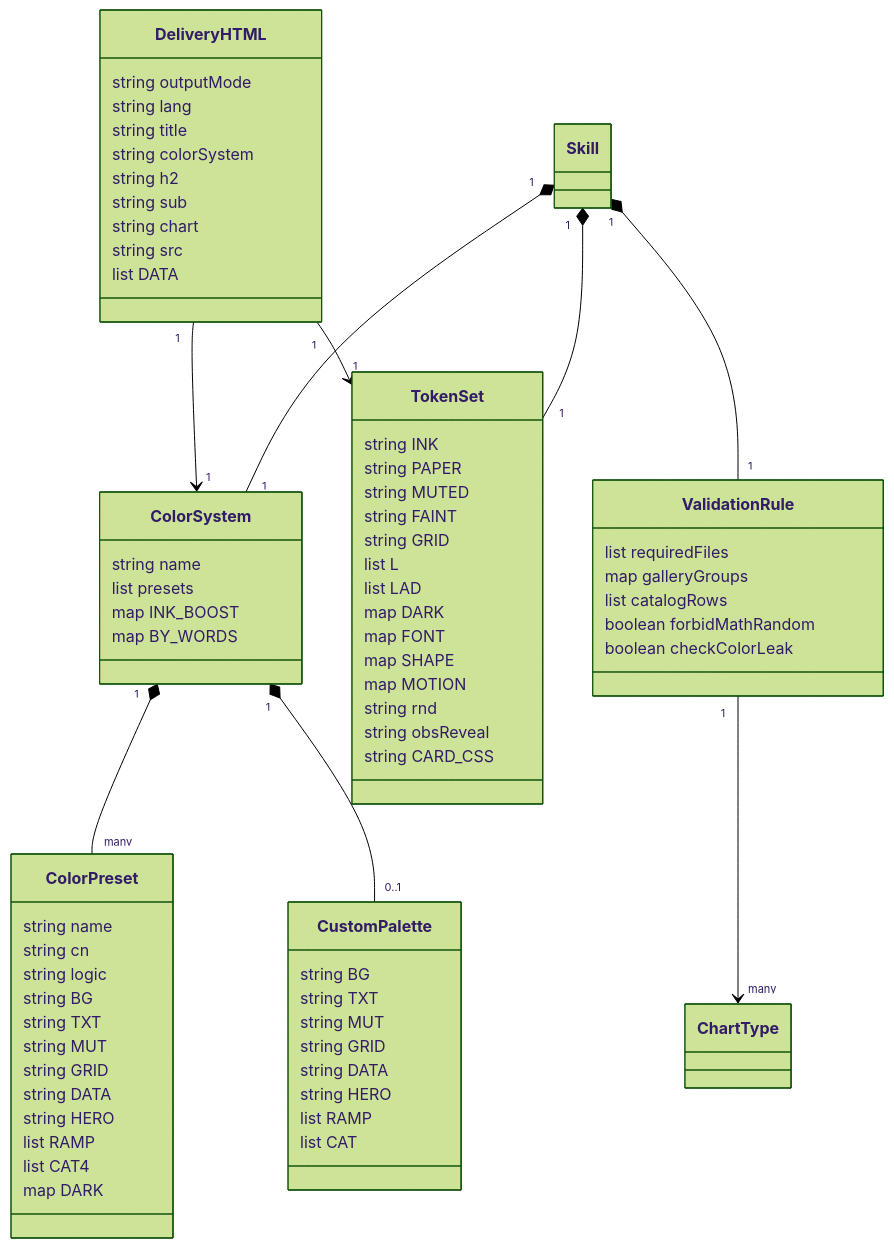
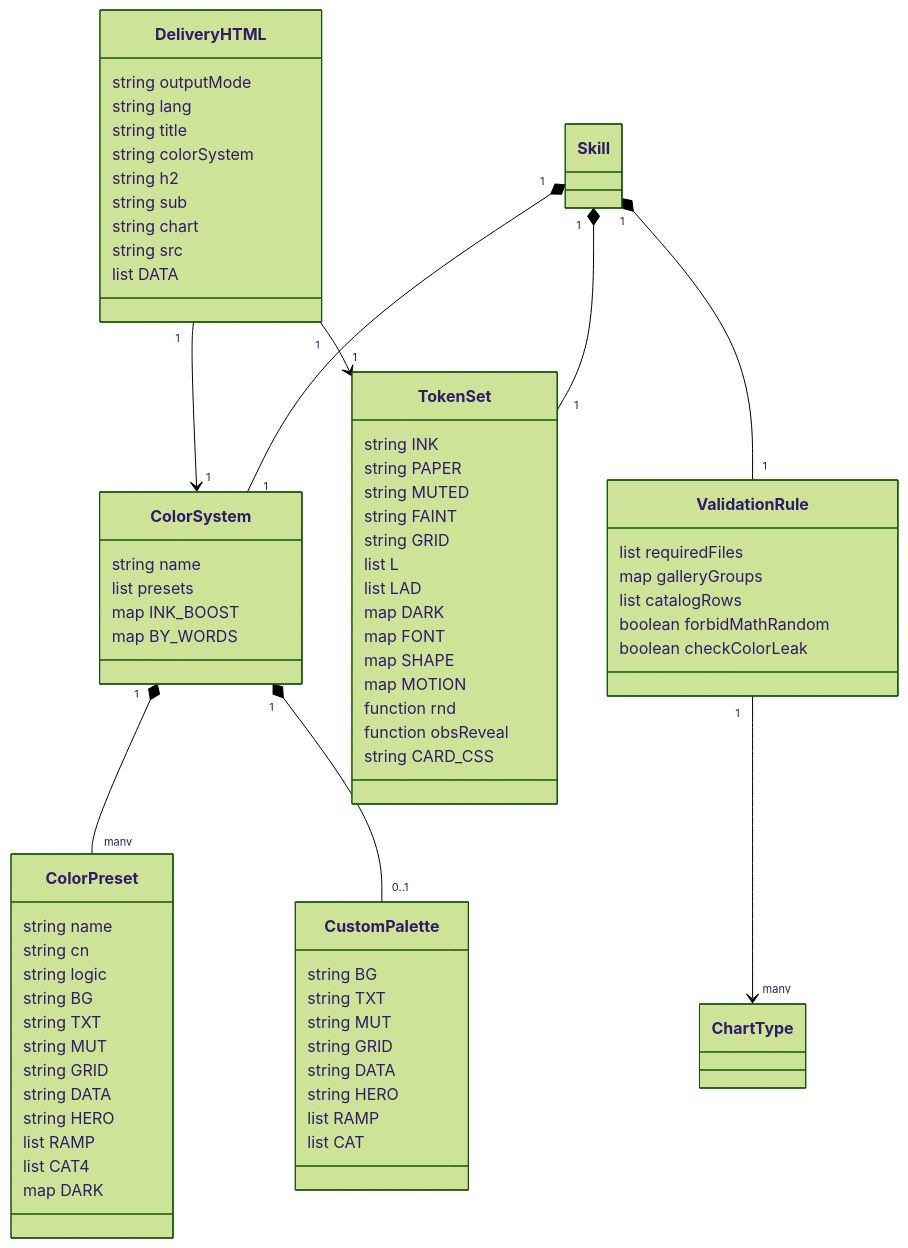
Before and after one commit to suwa-sh/zenn-contents: the ninth of 9 diagrams in articles/lieflat-charts_20260906.md, drawn with Mermaid (forest theme). The commit also changed other lines of this file, not shown here.

Commit message:
docs: update Zenn draft lieflat-charts_20260906

````diff
--- a/articles/lieflat-charts_20260906.md
+++ b/articles/lieflat-charts_20260906.md
@@ -525,77 +525,77 @@
 ```mermaid
 classDiagram
   class Skill
   class ChartType
   class ColorSystem {
     string name
     list presets
     map INK_BOOST
     map BY_WORDS
   }
   class ColorPreset {
     string name
     string cn
     string logic
     string BG
     string TXT
     string MUT
     string GRID
     string DATA
     string HERO
     list RAMP
     list CAT4
     map DARK
   }
   class CustomPalette {
     string BG
     string TXT
     string MUT
     string GRID
     string DATA
     string HERO
     list RAMP
     list CAT
   }
   class TokenSet {
     string INK
     string PAPER
     string MUTED
     string FAINT
     string GRID
     list L
     list LAD
     map DARK
     map FONT
     map SHAPE
     map MOTION
-    string rnd
-    string obsReveal
+    function rnd
+    function obsReveal
     string CARD_CSS
   }
   class ValidationRule {
     list requiredFiles
     map galleryGroups
     list catalogRows
     boolean forbidMathRandom
     boolean checkColorLeak
   }
   class DeliveryHTML {
     string outputMode
     string lang
     string title
     string colorSystem
     string h2
     string sub
     string chart
     string src
     list DATA
   }
   Skill "1" *-- "1" ColorSystem
   Skill "1" *-- "1" TokenSet
   Skill "1" *-- "1" ValidationRule
   ColorSystem "1" *-- "many" ColorPreset
   ColorSystem "1" *-- "0..1" CustomPalette
   DeliveryHTML "1" --> "1" ColorSystem
   DeliveryHTML "1" --> "1" TokenSet
   ValidationRule "1" --> "many" ChartType
 ```
````
